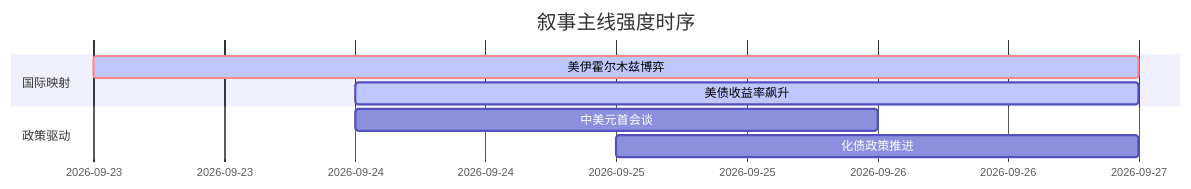
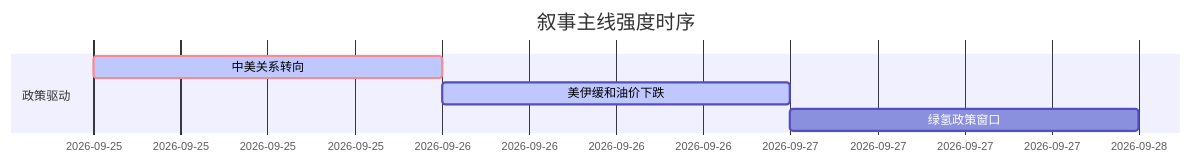
Before and after one commit to uu5zn/uu5zn.github.io: the diagram in 5day_report.md, drawn with Mermaid. The commit also changed other lines of this file and 4 other files, not shown here.

````diff
--- a/5day_report.md
+++ b/5day_report.md
@@ -54,12 +55,9 @@
 ```mermaid
 gantt
     title 叙事主线强度时序
     dateFormat  YYYY-MM-DD
-    section 国际映射
-    美伊霍尔木兹博弈   :crit, active, 2026-09-23, 4d
-    美债收益率飙升   :active, 2026-09-24, 3d
-    
     section 政策驱动
-    中美元首会谈   :2026-09-24, 2d
-    化债政策推进   :2026-09-25, 2d
+    中美关系转向      :crit, active, 2026-09-25, 1d
+    美伊缓和油价下跌   :active, 2026-09-26, 1d
+    绿氢政策窗口       :2026-09-27, 1d
 ```
````
